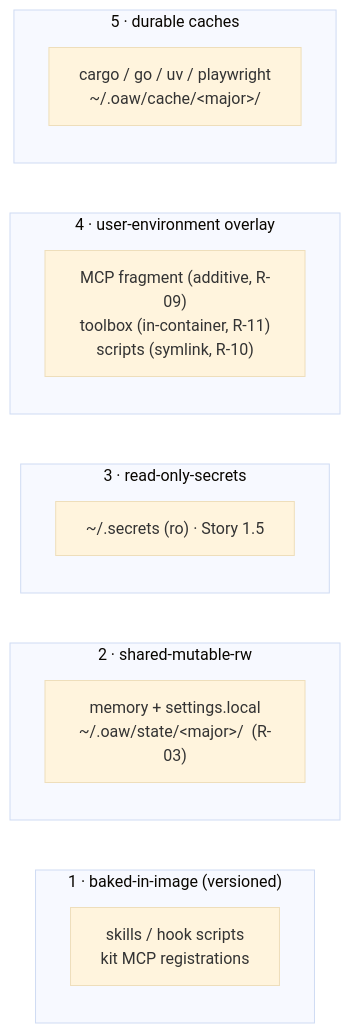
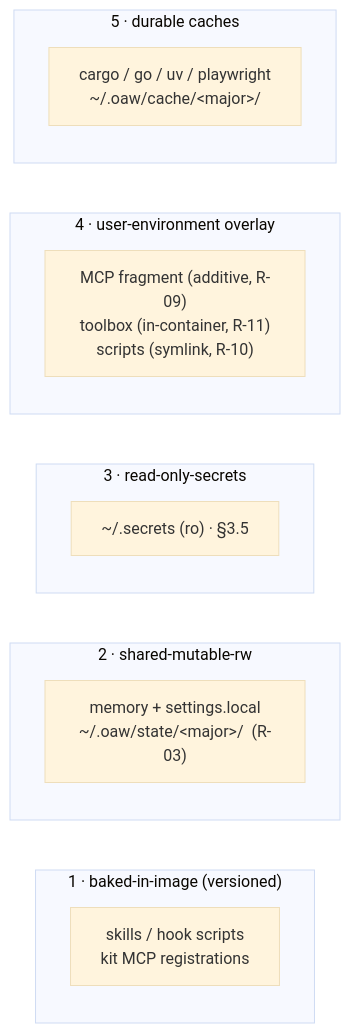
One commit to Wave-Engineering/claudecode-workflow changed the second of 2 diagrams in docs/contained-workflow/architecture.md. Above: the diagram before and after it, drawn with Mermaid (base theme). The commit also changed other lines of this file and 4 other files, not shown here.

````diff
--- a/docs/contained-workflow/architecture.md
+++ b/docs/contained-workflow/architecture.md
@@ -77,18 +77,18 @@
 ```mermaid
 flowchart LR
   subgraph img["1 · baked-in-image (versioned)"]
     s1["skills / hook scripts<br/>kit MCP registrations"]
   end
   subgraph rw["2 · shared-mutable-rw"]
     s2["memory + settings.local<br/>~/.oaw/state/&lt;major&gt;/  (R-03)"]
   end
   subgraph ro["3 · read-only-secrets"]
-    s3["~/.secrets (ro)  ·  Story 1.5"]
+    s3["~/.secrets (ro)  ·  §3.5"]
   end
   subgraph ov["4 · user-environment overlay"]
     s4["MCP fragment (additive, R-09)<br/>toolbox (in-container, R-11)<br/>scripts (symlink, R-10)"]
   end
   subgraph ca["5 · durable caches"]
     s5["cargo / go / uv / playwright<br/>~/.oaw/cache/&lt;major&gt;/"]
   end
 ```
````
